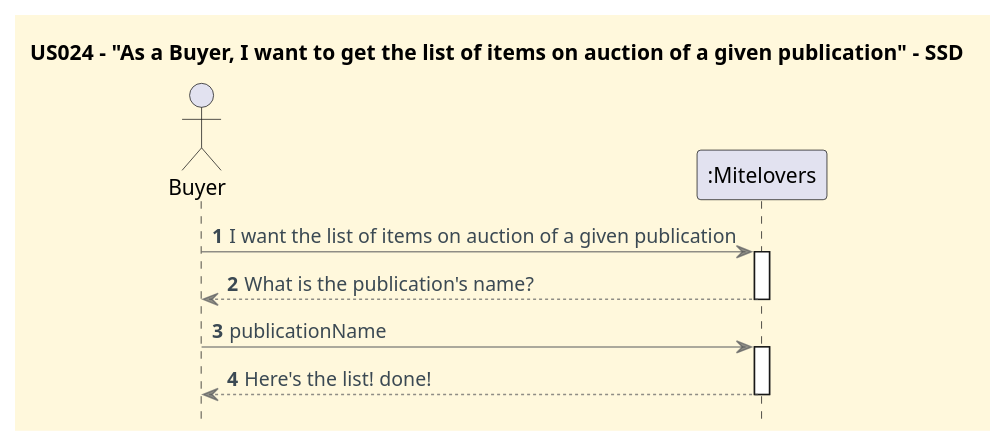
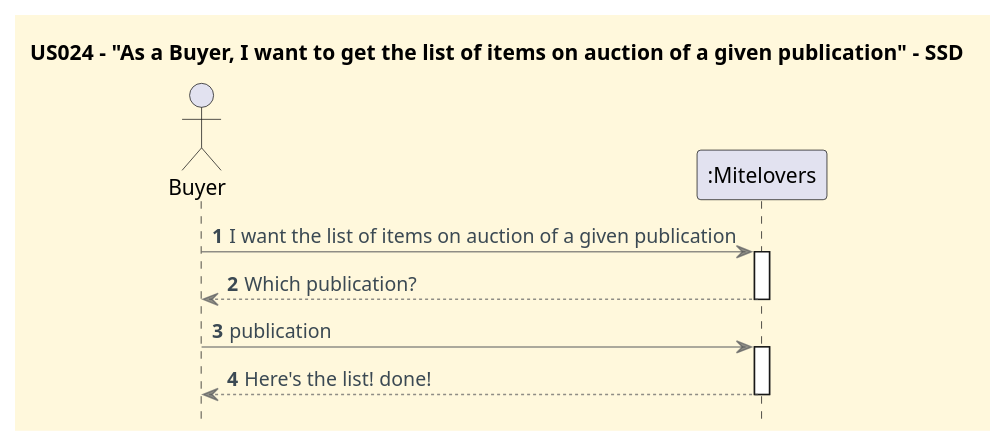
One commit to CarolinaLeite-collab/JavaMarketplacePlatform changed the diagram in docs/userStories/US024/US024_get_list_of_items_on_auction_of_given_publication_SSD.puml. Above: the diagram before and after it, drawn with PlantUML.

Commit message:
Refs #198: minor typo SSD for US024"

```diff
--- a/docs/userStories/US024/US024_get_list_of_items_on_auction_of_given_publication_SSD.puml
+++ b/docs/userStories/US024/US024_get_list_of_items_on_auction_of_given_publication_SSD.puml
@@ -1,34 +1,34 @@
 @startuml
 title US024 - "As a Buyer, I want to get the list of items on auction of a given publication" - SSD
 hidefootbox
 
 '==== basic style ====
 skinparam monochrome false
 skinparam shadowing false
 skinparam defaultFontName Futura
 skinparam objectFontSize 20
 skinparam backgroundColor CornSilk
 skinparam objectBackgroundColor WhiteSmoke
 skinparam noteBackgroundColor #FFFFE0
 skinparam ArrowFontColor #3B4953
 skinparam ActivationBackgroundColor black
 skinparam ArrowColor #57595BAA
 
 autonumber
 autoactivate off
 
 ' --- Actor and participants ---
 actor Buyer
 participant ":Mitelovers" as System
 
 ' --- System dialog ---
 Buyer -> System: I want the list of items on auction of a given publication
 activate "System"
-System --> Buyer: What is the publication's name?
+System --> Buyer: Which publication?
 deactivate "System"
-Buyer -> System: publicationName
+Buyer -> System: publication
 activate "System"
 System --> Buyer: Here's the list! done!
 deactivate "System"
 
 @enduml
```
